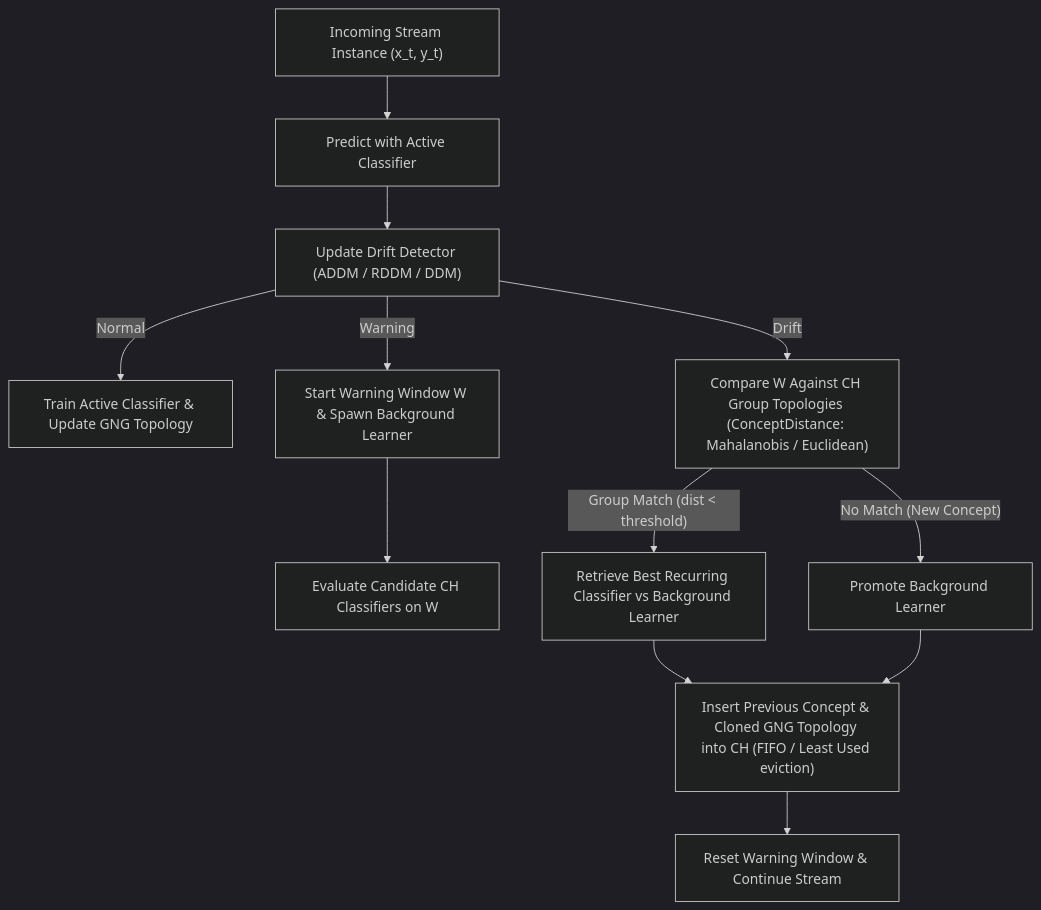
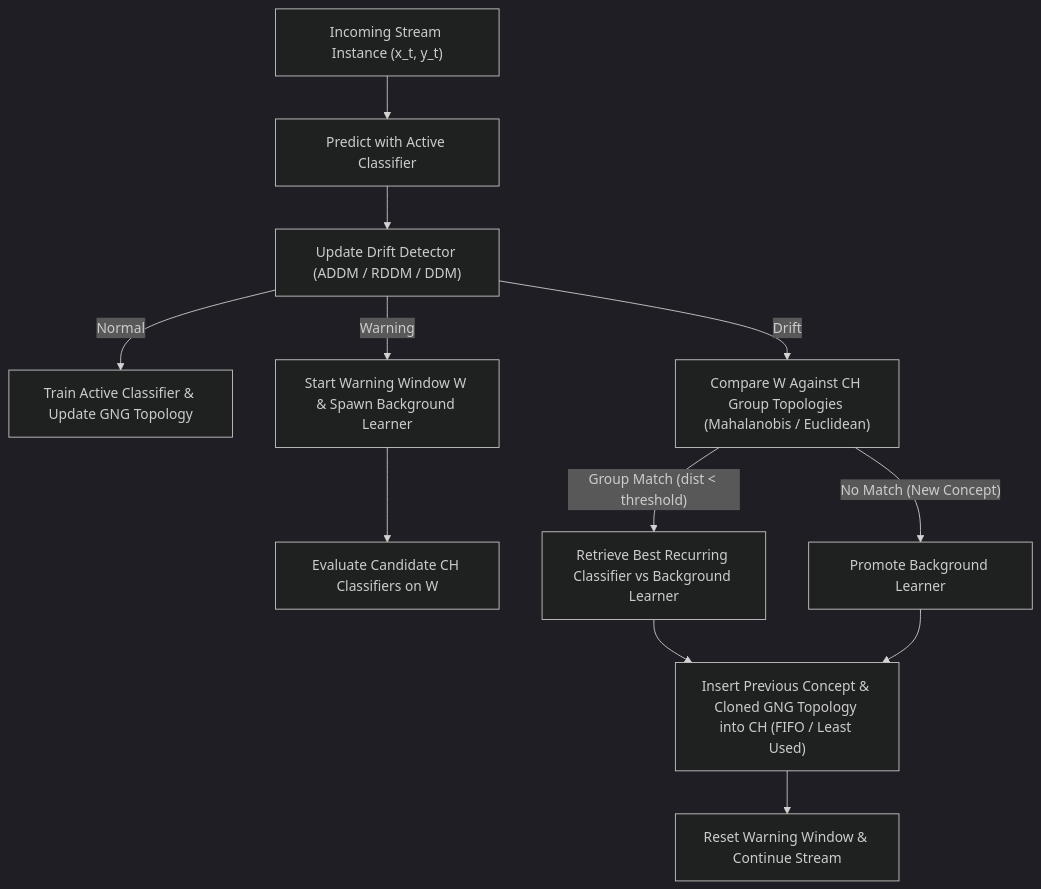
The diagram in README.md (cetrulin/groch-moa), drawn with Mermaid (dark theme) before and after one commit. The commit also changed other lines of this file and 2 other files, not shown here.

````diff
--- a/README.md
+++ b/README.md
@@ -19,14 +15,14 @@
 ```mermaid
 flowchart TD
     S["Incoming Stream Instance (x_t, y_t)"] --> P["Predict with Active Classifier"]
     P --> D["Update Drift Detector (ADDM / RDDM / DDM)"]
     D -->|"Normal"| N["Train Active Classifier & Update GNG Topology"]
     D -->|"Warning"| W["Start Warning Window W & Spawn Background Learner"]
     W --> E["Evaluate Candidate CH Classifiers on W"]
-    D -->|"Drift"| M["Compare W Against CH Group Topologies (ConceptDistance: Mahalanobis / Euclidean)"]
+    D -->|"Drift"| M["Compare W Against CH Group Topologies (Mahalanobis / Euclidean)"]
     M -->|"Group Match (dist < threshold)"| R["Retrieve Best Recurring Classifier vs Background Learner"]
     M -->|"No Match (New Concept)"| B["Promote Background Learner"]
-    R --> I["Insert Previous Concept & Cloned GNG Topology into CH (FIFO / Least Used eviction)"]
+    R --> I["Insert Previous Concept & Cloned GNG Topology into CH (FIFO / Least Used)"]
     B --> I
     I --> T["Reset Warning Window & Continue Stream"]
 ```
````
